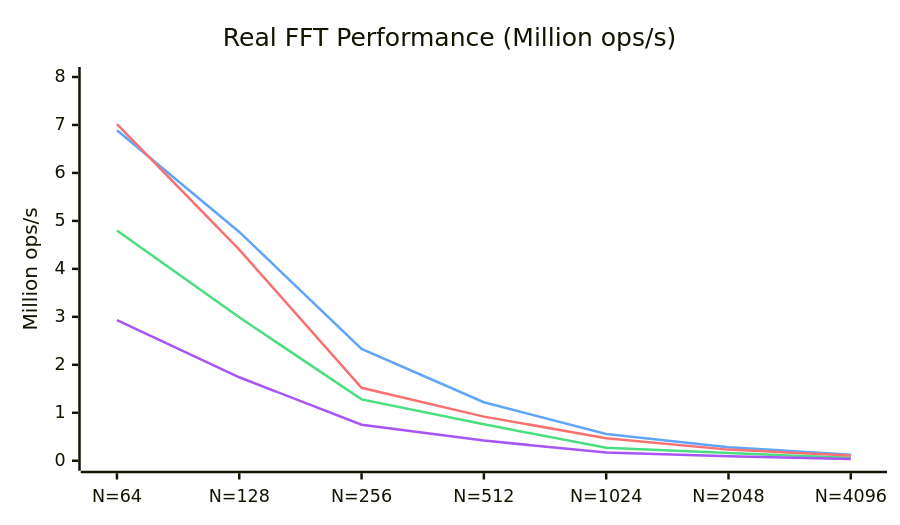
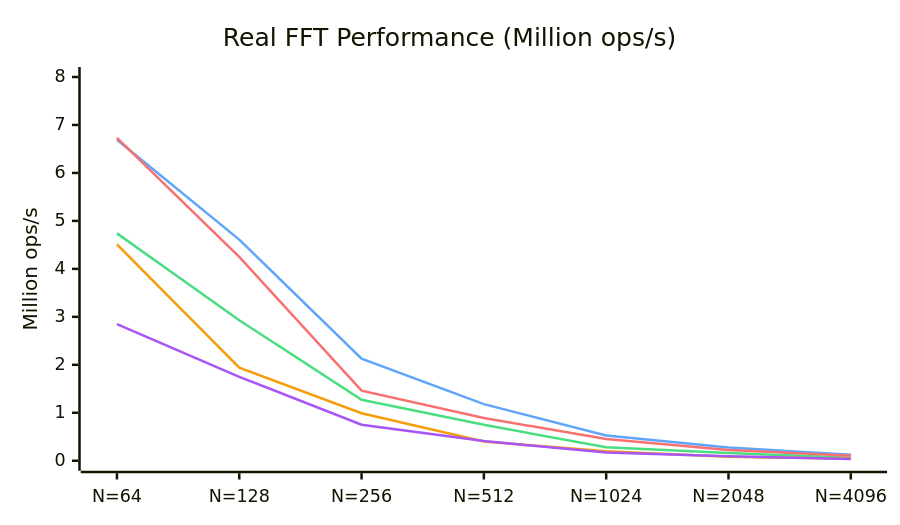
Before and after one commit to EmNudge/wat-fft: the second of 2 diagrams in README.md, drawn with Mermaid. The commit also changed other lines of this file and 10 other files, not shown here.

````diff
--- a/README.md
+++ b/README.md
@@ -59,19 +60,20 @@
 ```mermaid
 ---
 config:
     xyChart:
         width: 700
         height: 400
     themeVariables:
         xyChart:
-            plotColorPalette: "#4ade80, #60a5fa, #f87171, #a855f7"
+            plotColorPalette: "#4ade80, #60a5fa, #f87171, #f59e0b, #a855f7"
 ---
 xychart-beta
     title "Real FFT Performance (Million ops/s)"
     x-axis [N=64, N=128, N=256, N=512, N=1024, N=2048, N=4096]
     y-axis "Million ops/s" 0 --> 8
-    line [4.80, 2.99, 1.28, 0.76, 0.27, 0.16, 0.062]
-    line [6.89, 4.77, 2.33, 1.22, 0.559, 0.282, 0.127]
-    line [7.02, 4.40, 1.52, 0.92, 0.471, 0.232, 0.108]
-    line [2.93, 1.74, 0.75, 0.42, 0.17, 0.094, 0.039]
+    line [4.74, 2.93, 1.27, 0.75, 0.28, 0.16, 0.063]
+    line [6.69, 4.61, 2.13, 1.18, 0.527, 0.274, 0.125]
+    line [6.73, 4.25, 1.46, 0.89, 0.454, 0.224, 0.104]
+    line [4.51, 1.94, 0.99, 0.40, 0.20, 0.085, 0.041]
+    line [2.85, 1.75, 0.75, 0.41, 0.17, 0.092, 0.039]
 ```
````
